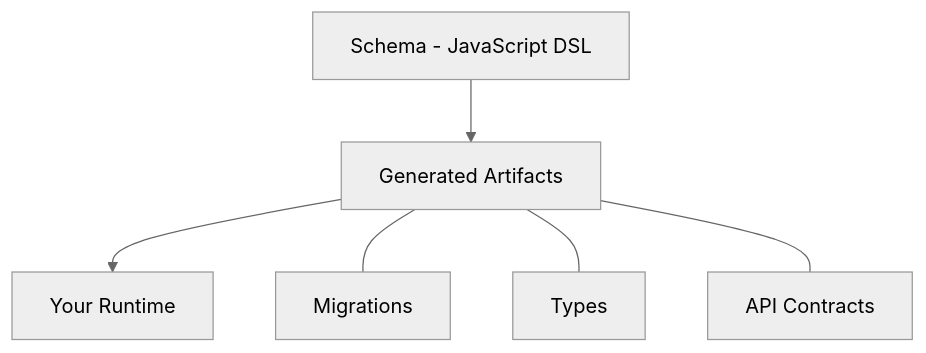
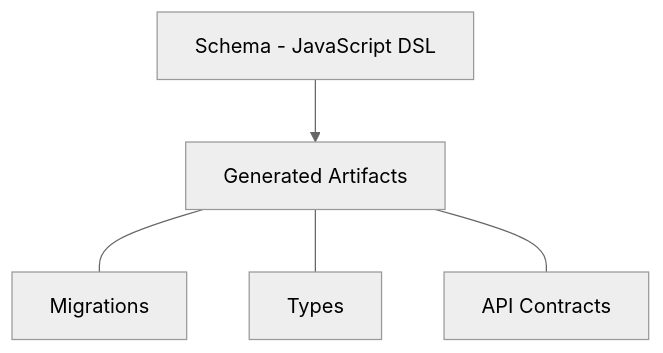
The diagram in README.md (hlop3z/astroladb), drawn with Mermaid (neutral theme) before and after one commit. The commit also changed other lines of this file and 1 other file, not shown here.

````diff
--- a/README.md
+++ b/README.md
@@ -34,9 +41,8 @@
 ```mermaid
 flowchart TD
     A[Schema - JavaScript DSL] --> B[Generated Artifacts]
-    B --> C[Your Runtime]
 
     B --- D[Migrations]
     B --- E[Types]
     B --- F[API Contracts]
 ```
````
